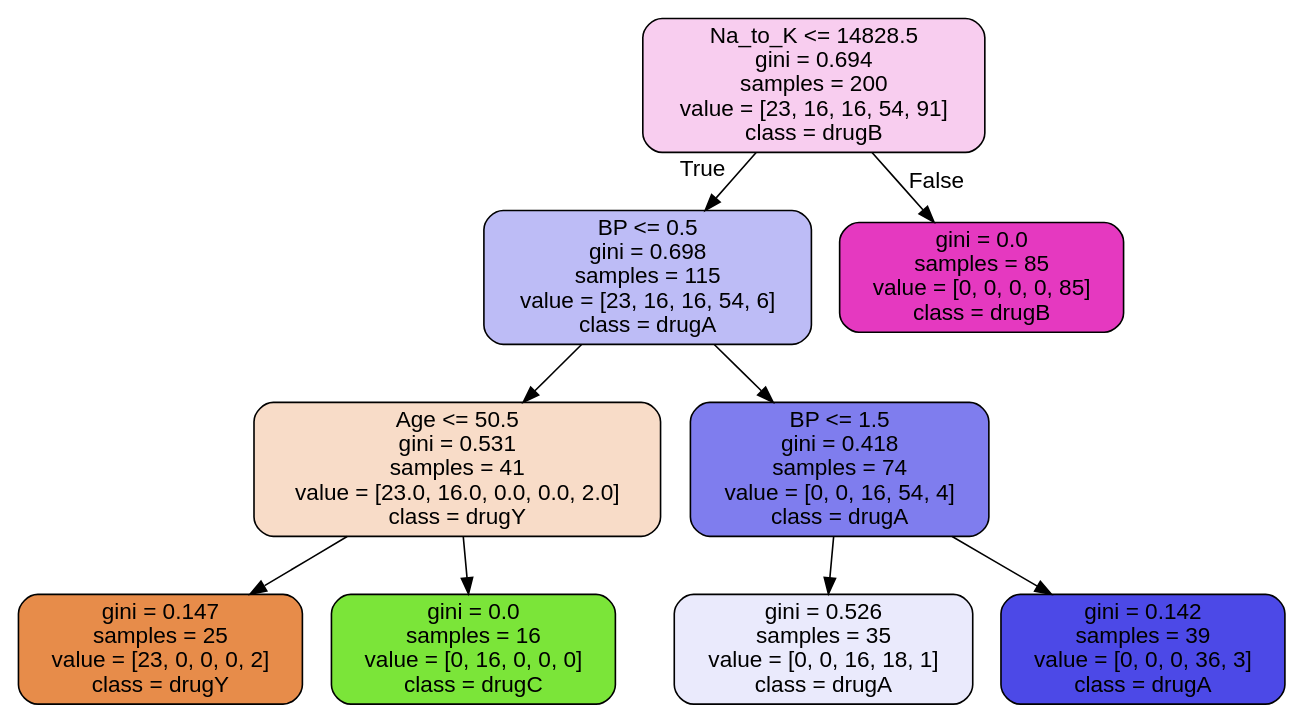
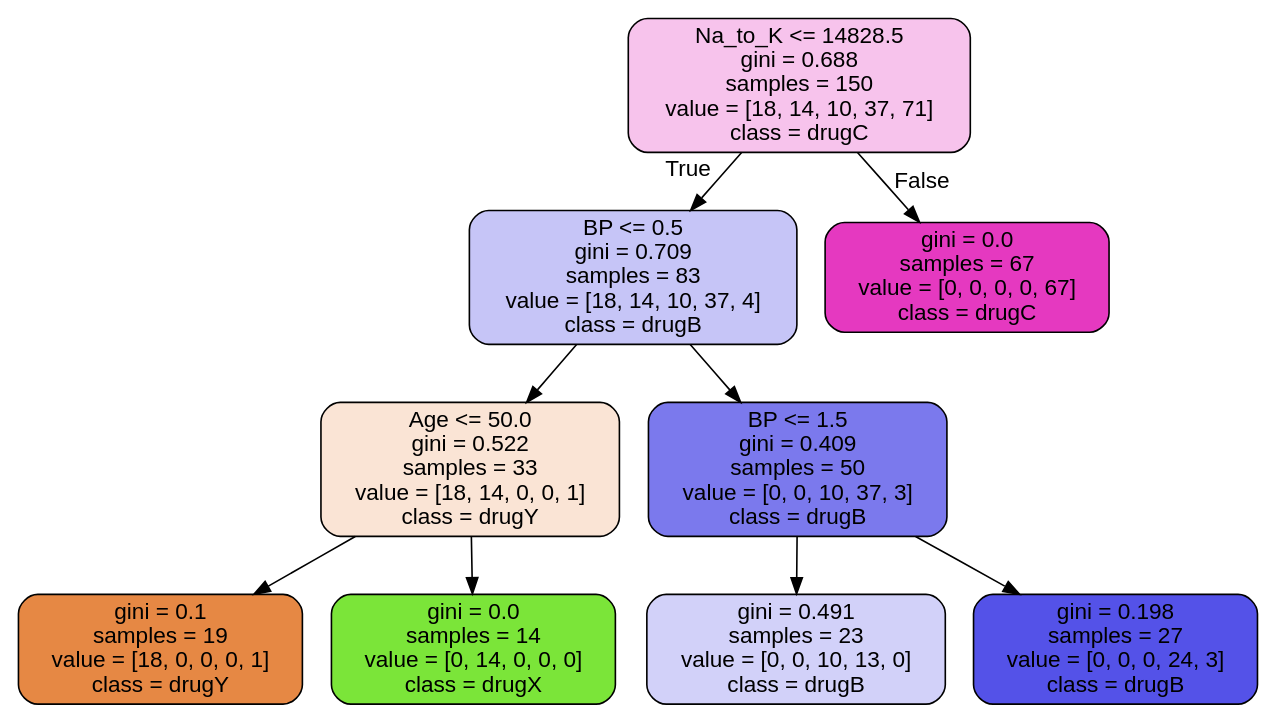
The diagram in tecnicas-multivariantes/images/arbol_clf_depth3.dot (pablesite/master-matematicas), drawn with Graphviz before and after one commit. The commit also changed 8 other files, not shown here.

```diff
--- a/tecnicas-multivariantes/images/arbol_clf_depth3.dot
+++ b/tecnicas-multivariantes/images/arbol_clf_depth3.dot
@@ -1,21 +1,21 @@
 digraph Tree {
 node [shape=box, style="filled, rounded", color="black", fontname="helvetica"] ;
 edge [fontname="helvetica"] ;
-0 [label="Na_to_K <= 14828.5\ngini = 0.694\nsamples = 200\nvalue = [23, 16, 16, 54, 91]\nclass = drugB", fillcolor="#f8cdef"] ;
-1 [label="BP <= 0.5\ngini = 0.698\nsamples = 115\nvalue = [23, 16, 16, 54, 6]\nclass = drugA", fillcolor="#bdbcf6"] ;
+0 [label="Na_to_K <= 14828.5\ngini = 0.688\nsamples = 150\nvalue = [18, 14, 10, 37, 71]\nclass = drugC", fillcolor="#f7c3ec"] ;
+1 [label="BP <= 0.5\ngini = 0.709\nsamples = 83\nvalue = [18, 14, 10, 37, 4]\nclass = drugB", fillcolor="#c6c5f7"] ;
 0 -> 1 [labeldistance=2.5, labelangle=45, headlabel="True"] ;
-2 [label="Age <= 50.5\ngini = 0.531\nsamples = 41\nvalue = [23.0, 16.0, 0.0, 0.0, 2.0]\nclass = drugY", fillcolor="#f8dcc8"] ;
+2 [label="Age <= 50.0\ngini = 0.522\nsamples = 33\nvalue = [18, 14, 0, 0, 1]\nclass = drugY", fillcolor="#fae4d5"] ;
 1 -> 2 ;
-3 [label="gini = 0.147\nsamples = 25\nvalue = [23, 0, 0, 0, 2]\nclass = drugY", fillcolor="#e78c4a"] ;
+3 [label="gini = 0.1\nsamples = 19\nvalue = [18, 0, 0, 0, 1]\nclass = drugY", fillcolor="#e68844"] ;
 2 -> 3 ;
-4 [label="gini = 0.0\nsamples = 16\nvalue = [0, 16, 0, 0, 0]\nclass = drugC", fillcolor="#7be539"] ;
+4 [label="gini = 0.0\nsamples = 14\nvalue = [0, 14, 0, 0, 0]\nclass = drugX", fillcolor="#7be539"] ;
 2 -> 4 ;
-5 [label="BP <= 1.5\ngini = 0.418\nsamples = 74\nvalue = [0, 0, 16, 54, 4]\nclass = drugA", fillcolor="#7f7dee"] ;
+5 [label="BP <= 1.5\ngini = 0.409\nsamples = 50\nvalue = [0, 0, 10, 37, 3]\nclass = drugB", fillcolor="#7b79ed"] ;
 1 -> 5 ;
-6 [label="gini = 0.526\nsamples = 35\nvalue = [0, 0, 16, 18, 1]\nclass = drugA", fillcolor="#eaeafc"] ;
+6 [label="gini = 0.491\nsamples = 23\nvalue = [0, 0, 10, 13, 0]\nclass = drugB", fillcolor="#d2d1f9"] ;
 5 -> 6 ;
-7 [label="gini = 0.142\nsamples = 39\nvalue = [0, 0, 0, 36, 3]\nclass = drugA", fillcolor="#4c49e7"] ;
+7 [label="gini = 0.198\nsamples = 27\nvalue = [0, 0, 0, 24, 3]\nclass = drugB", fillcolor="#5452e8"] ;
 5 -> 7 ;
-8 [label="gini = 0.0\nsamples = 85\nvalue = [0, 0, 0, 0, 85]\nclass = drugB", fillcolor="#e539c0"] ;
+8 [label="gini = 0.0\nsamples = 67\nvalue = [0, 0, 0, 0, 67]\nclass = drugC", fillcolor="#e539c0"] ;
 0 -> 8 [labeldistance=2.5, labelangle=-45, headlabel="False"] ;
 }
```
